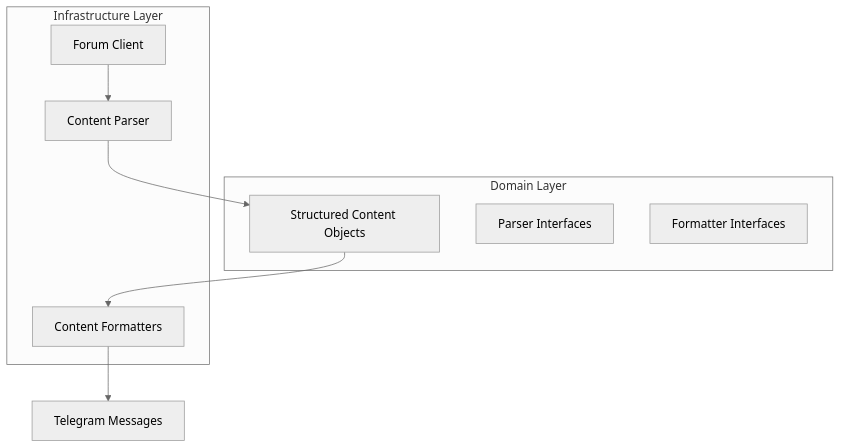
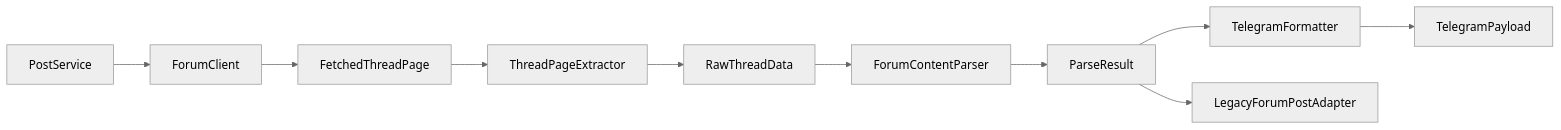
One commit to Hugo7650/keylol-tg changed the first of 2 diagrams in .kiro/specs/structured-post-data/design.md. Above: the diagram before and after it, drawn with Mermaid (neutral theme). The commit also changed other lines of this file and 75 other files, not shown here.

Commit message:
feat: migrate forum pipeline to structured payload flow and harden network handling

````diff
--- a/.kiro/specs/structured-post-data/design.md
+++ b/.kiro/specs/structured-post-data/design.md
@@ -17,19 +40,12 @@
 ```mermaid
-graph TB
-    FC[Forum Client] --> CP[Content Parser]
-    CP --> SCO[Structured Content Objects]
-    SCO --> CF[Content Formatters]
-    CF --> TM[Telegram Messages]
-    
-    subgraph "Domain Layer"
-        SCO
-        PI[Parser Interfaces]
-        FI[Formatter Interfaces]
-    end
-    
-    subgraph "Infrastructure Layer"
-        FC
-        CP
-        CF
-    end
+graph LR
+    PS[PostService] --> FC[ForumClient]
+    FC --> FP[FetchedThreadPage]
+    FP --> EX[ThreadPageExtractor]
+    EX --> RD[RawThreadData]
+    RD --> PA[ForumContentParser]
+    PA --> PR[ParseResult]
+    PR --> TF[TelegramFormatter]
+    TF --> TP[TelegramPayload]
+    PR --> LA[LegacyForumPostAdapter]
 ```
````
